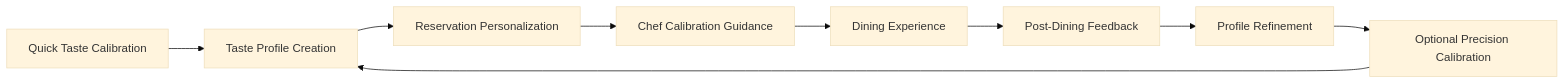
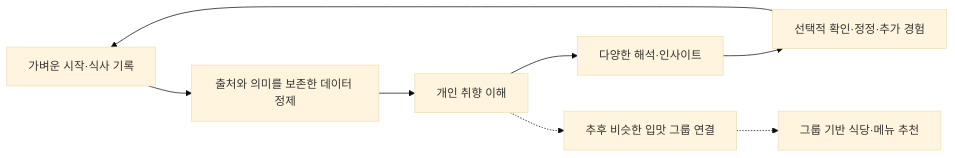
Before and after one commit to DailyDetaily/TasteBuddy: the first of 3 diagrams in docs/TASTE_BUDDY_APP_SUMMARY.md, drawn with Mermaid (base theme). The commit also changed other lines of this file and 569 other files, not shown here.

````diff
--- a/docs/TASTE_BUDDY_APP_SUMMARY.md
+++ b/docs/TASTE_BUDDY_APP_SUMMARY.md
@@ -47,11 +50,10 @@
 ```mermaid
 flowchart LR
-  A["Quick Taste Calibration"] --> B["Taste Profile Creation"]
-  B --> C["Reservation Personalization"]
-  C --> D["Chef Calibration Guidance"]
-  D --> E["Dining Experience"]
-  E --> F["Post-Dining Feedback"]
-  F --> G["Profile Refinement"]
-  G --> H["Optional Precision Calibration"]
-  H --> B
+  A["가벼운 시작·식사 기록"] --> B["출처와 의미를 보존한 데이터 정제"]
+  B --> C["개인 취향 이해"]
+  C --> D["다양한 해석·인사이트"]
+  D --> E["선택적 확인·정정·추가 경험"]
+  E --> A
+  C -.-> F["추후 비슷한 입맛 그룹 연결"]
+  F -.-> G["그룹 기반 식당·메뉴 추천"]
 ```
````
